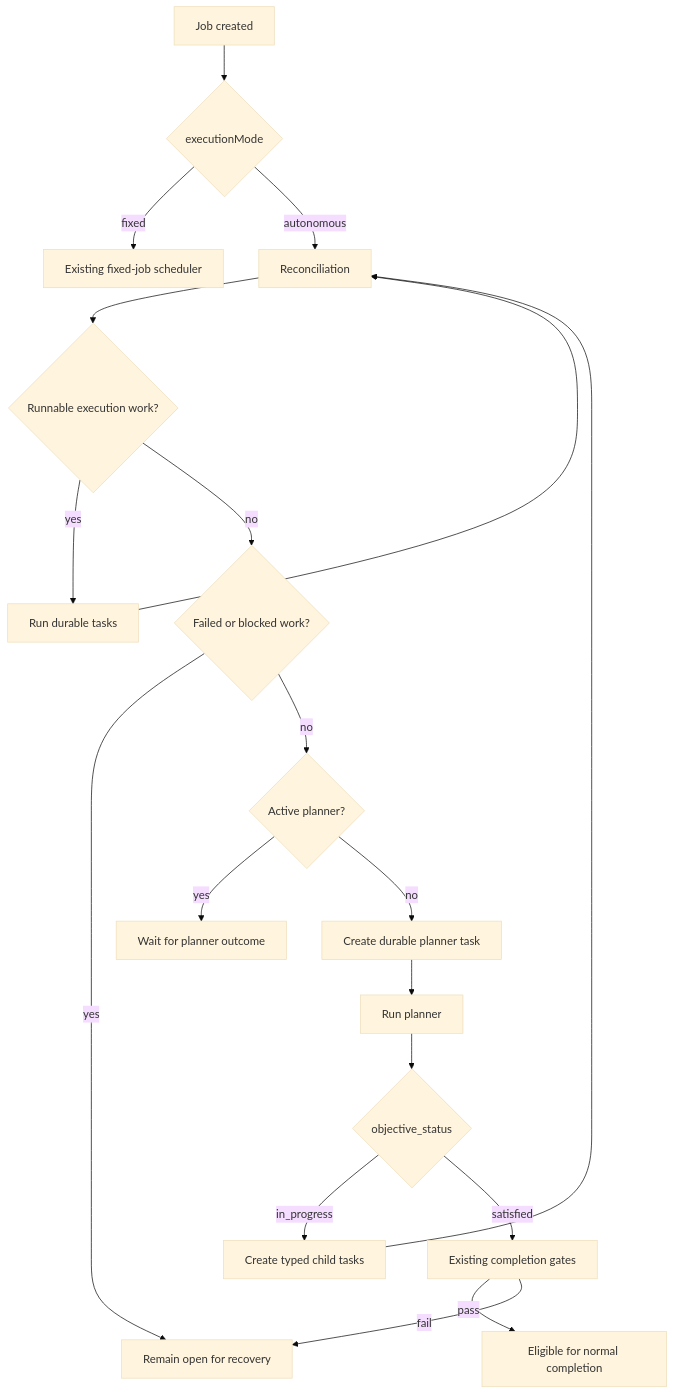
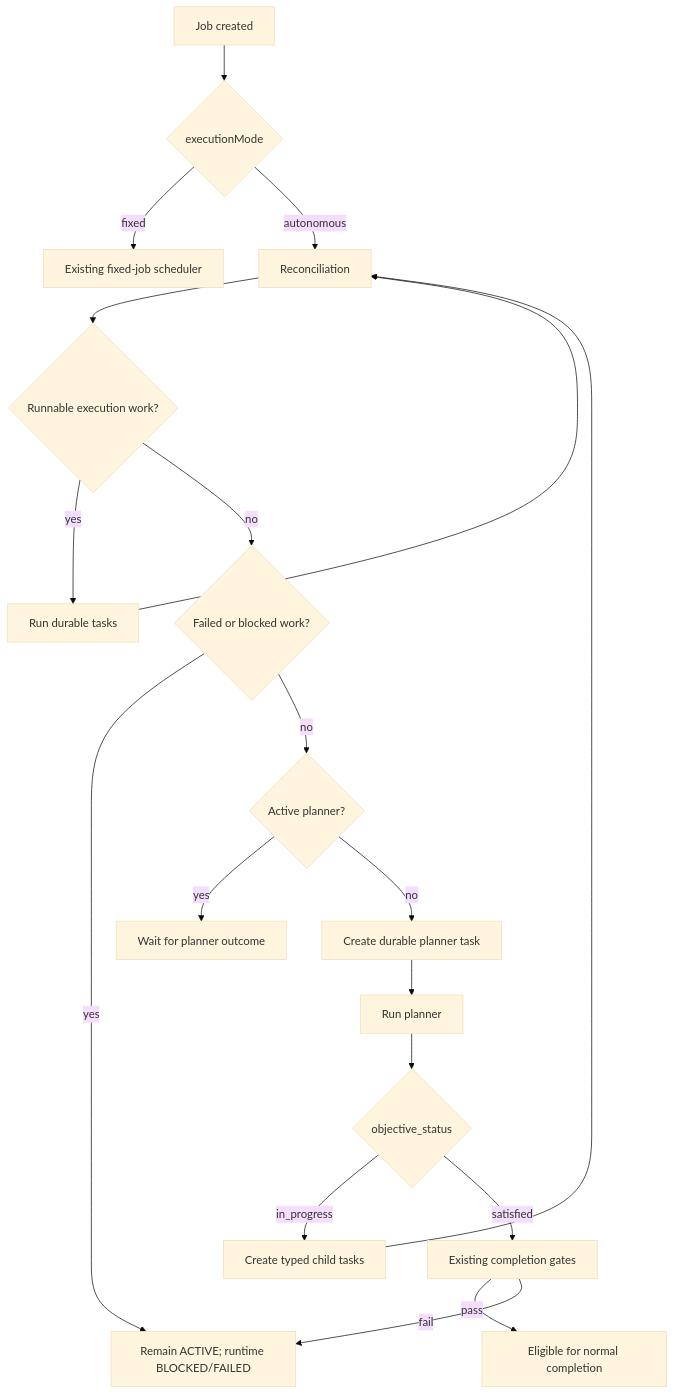
Before and after one commit to lalalic/agents-relay: the first of 4 diagrams in docs/autonomous-objective-jobs.md, drawn with Mermaid (base theme). The commit also changed other lines of this file and 25 other files, not shown here.

````diff
--- a/docs/autonomous-objective-jobs.md
+++ b/docs/autonomous-objective-jobs.md
@@ -37,21 +37,21 @@
 ```mermaid
 flowchart TD
     A[Job created] --> B{executionMode}
     B -->|fixed| C[Existing fixed-job scheduler]
     B -->|autonomous| D[Reconciliation]
     D --> E{Runnable execution work?}
     E -->|yes| F[Run durable tasks]
     F --> D
     E -->|no| G{Failed or blocked work?}
-    G -->|yes| H[Remain open for recovery]
+    G -->|yes| H[Remain ACTIVE; runtime BLOCKED/FAILED]
     G -->|no| I{Active planner?}
     I -->|yes| J[Wait for planner outcome]
     I -->|no| K[Create durable planner task]
     K --> L[Run planner]
     L --> M{objective_status}
     M -->|in_progress| N[Create typed child tasks]
     N --> D
     M -->|satisfied| O[Existing completion gates]
     O -->|pass| P[Eligible for normal completion]
     O -->|fail| H
 ```
````
